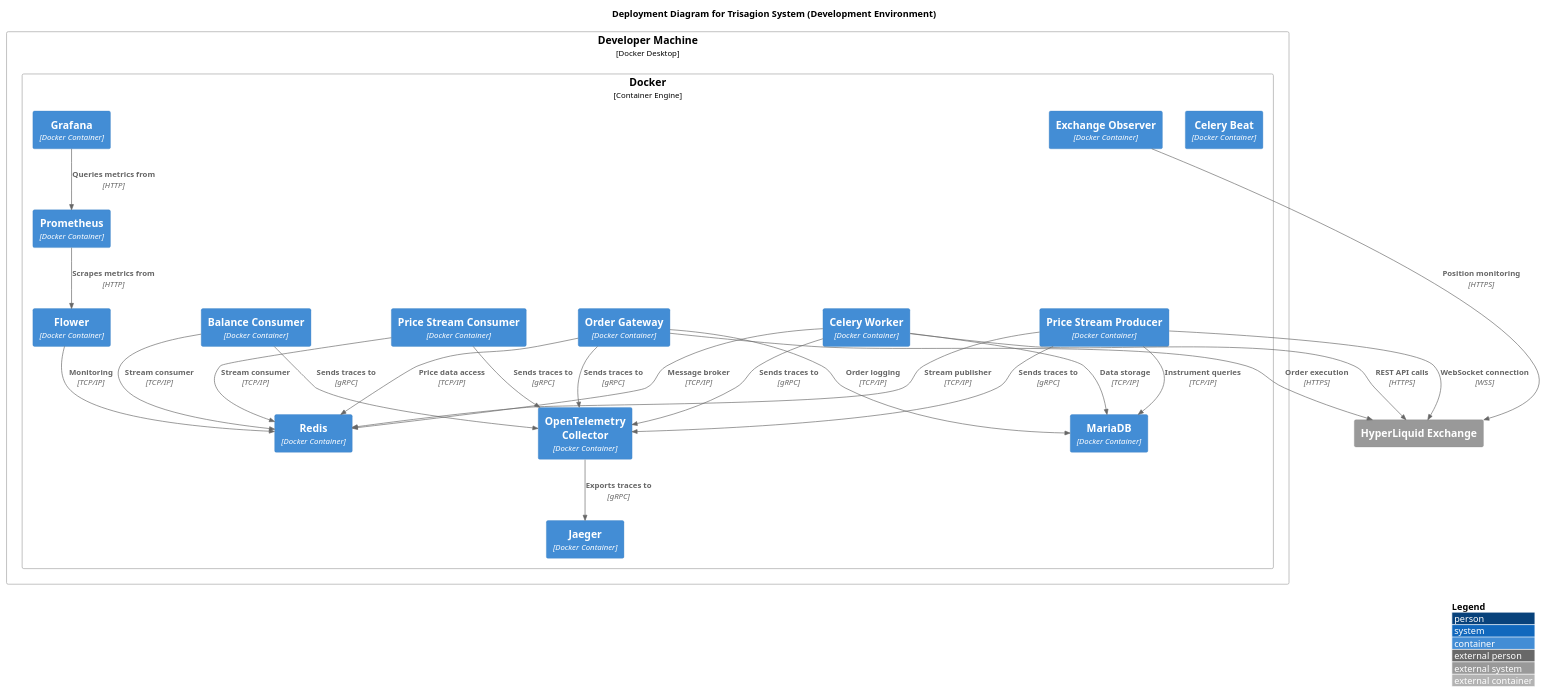
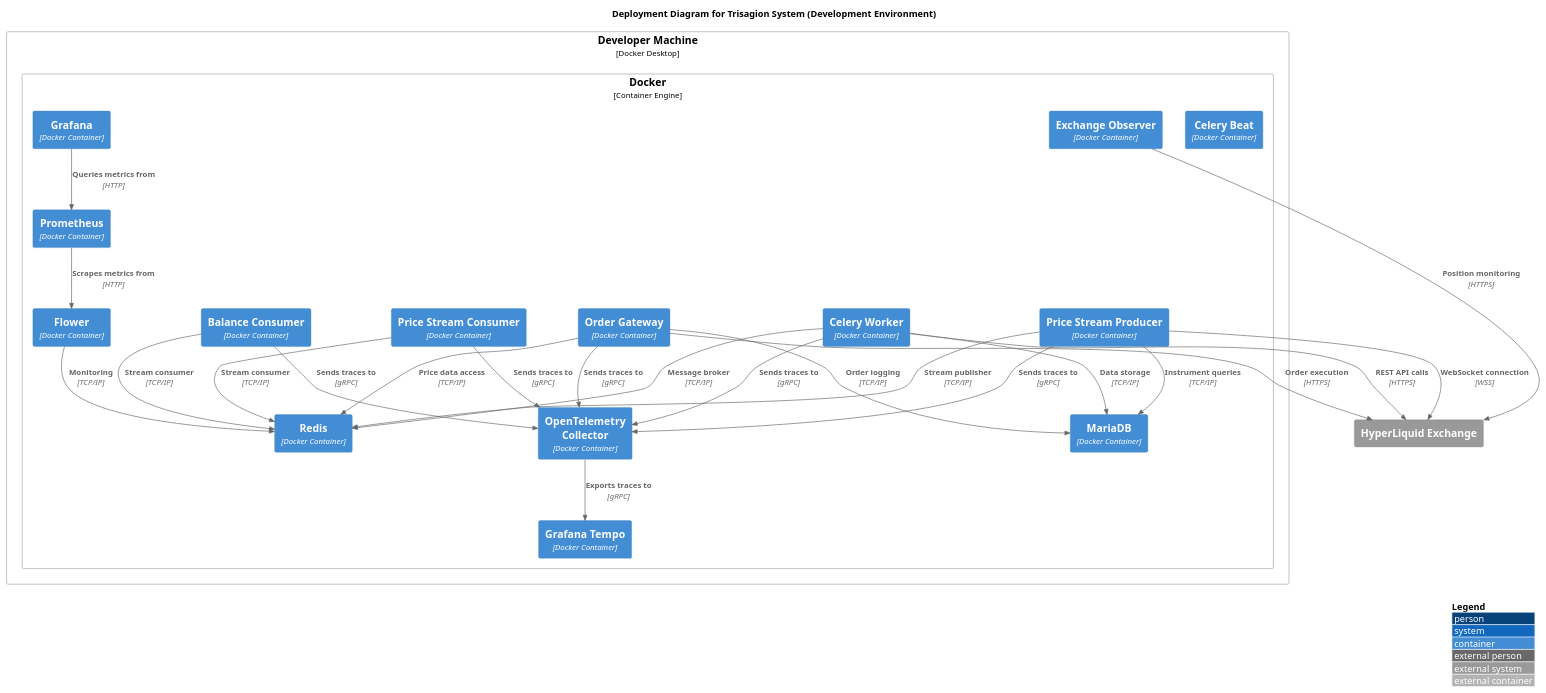
One commit to tttrisagion/3T changed the diagram in docs/arch/deployment-development.puml. Above: the diagram before and after it, drawn with PlantUML. The commit also changed 12 other files, not shown here.

Commit message:
replaced the legacy jaeger/badger with grafana/tempo

```diff
--- a/docs/arch/deployment-development.puml
+++ b/docs/arch/deployment-development.puml
@@ -1,53 +1,53 @@
 @startuml Development Deployment
 
 !include <C4/C4_Deployment.puml>
 
 LAYOUT_WITH_LEGEND()
 
 title Deployment Diagram for Trisagion System (Development Environment)
 
 Deployment_Node(developer_machine, "Developer Machine", "Docker Desktop") {
     Deployment_Node(docker, "Docker", "Container Engine") {
         Container(balance_consumer, "Balance Consumer", "Docker Container")
         Container(price_stream_producer, "Price Stream Producer", "Docker Container")
         Container(price_stream_consumer, "Price Stream Consumer", "Docker Container")
         Container(celery_worker, "Celery Worker", "Docker Container")
         Container(celery_beat, "Celery Beat", "Docker Container")
         Container(order_gateway, "Order Gateway", "Docker Container")
         Container(exchange_observer, "Exchange Observer", "Docker Container")
         Container(redis, "Redis", "Docker Container")
         Container(flower, "Flower", "Docker Container")
         Container(prometheus, "Prometheus", "Docker Container")
         Container(grafana, "Grafana", "Docker Container")
-        Container(jaeger, "Jaeger", "Docker Container")
+        Container(tempo, "Grafana Tempo", "Docker Container")
         Container(otel_collector, "OpenTelemetry Collector", "Docker Container")
         Container(mariadb, "MariaDB", "Docker Container")
     }
 }
 
 System_Ext(hyperliquid, "HyperLiquid Exchange")
 
 Rel(price_stream_producer, hyperliquid, "WebSocket connection", "WSS")
 Rel(celery_worker, hyperliquid, "REST API calls", "HTTPS")
 Rel(order_gateway, hyperliquid, "Order execution", "HTTPS")
 Rel(exchange_observer, hyperliquid, "Position monitoring", "HTTPS")
 Rel(celery_worker, redis, "Message broker", "TCP/IP")
 Rel(balance_consumer, redis, "Stream consumer", "TCP/IP")
 Rel(price_stream_producer, redis, "Stream publisher", "TCP/IP")
 Rel(price_stream_consumer, redis, "Stream consumer", "TCP/IP")
 Rel(order_gateway, redis, "Price data access", "TCP/IP")
 Rel(flower, redis, "Monitoring", "TCP/IP")
 Rel(prometheus, flower, "Scrapes metrics from", "HTTP")
 Rel(grafana, prometheus, "Queries metrics from", "HTTP")
 Rel(celery_worker, mariadb, "Data storage", "TCP/IP")
 Rel(order_gateway, mariadb, "Order logging", "TCP/IP")
 Rel(price_stream_producer, mariadb, "Instrument queries", "TCP/IP")
 
-Rel(otel_collector, jaeger, "Exports traces to", "gRPC")
+Rel(otel_collector, tempo, "Exports traces to", "gRPC")
 Rel(balance_consumer, otel_collector, "Sends traces to", "gRPC")
 Rel(price_stream_producer, otel_collector, "Sends traces to", "gRPC")
 Rel(price_stream_consumer, otel_collector, "Sends traces to", "gRPC")
 Rel(celery_worker, otel_collector, "Sends traces to", "gRPC")
 Rel(order_gateway, otel_collector, "Sends traces to", "gRPC")
 
 @enduml
```
